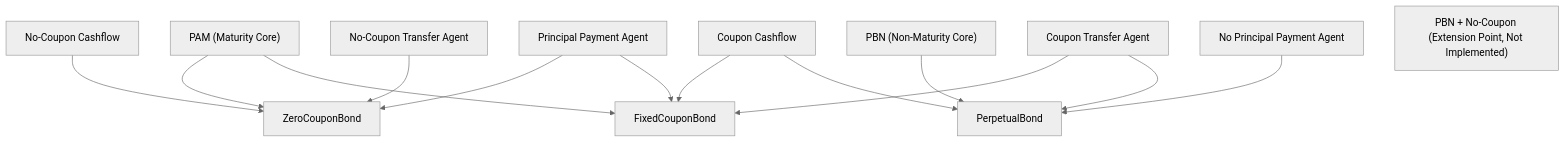
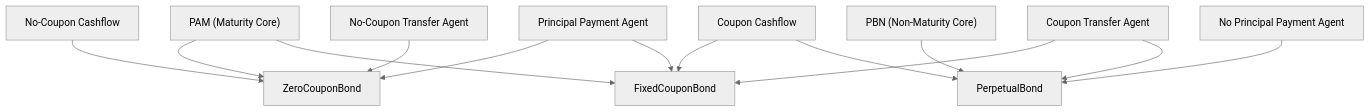
Before and after one commit to cusma/d-asa: the second of 3 diagrams in docs/implementation/architecture.md, drawn with Mermaid (neutral theme). The commit also changed other lines of this file, not shown here.

````diff
--- a/docs/implementation/architecture.md
+++ b/docs/implementation/architecture.md
@@ -106,20 +106,18 @@
 ```mermaid
 flowchart TD
   PAM["PAM (Maturity Core)"] --> Z["ZeroCouponBond"]
   PAM --> F["FixedCouponBond"]
   PBN["PBN (Non-Maturity Core)"] --> P["PerpetualBond"]
 
   NOC["No-Coupon Cashflow"] --> Z
   CUP["Coupon Cashflow"] --> F
   CUP --> P
 
   PRIN["Principal Payment Agent"] --> Z
   PRIN --> F
   NOPR["No Principal Payment Agent"] --> P
 
   TRN["No-Coupon Transfer Agent"] --> Z
   TRC["Coupon Transfer Agent"] --> F
   TRC --> P
-
-  EXT["PBN + No-Coupon (Extension Point, Not Implemented)"]
 ```
````
